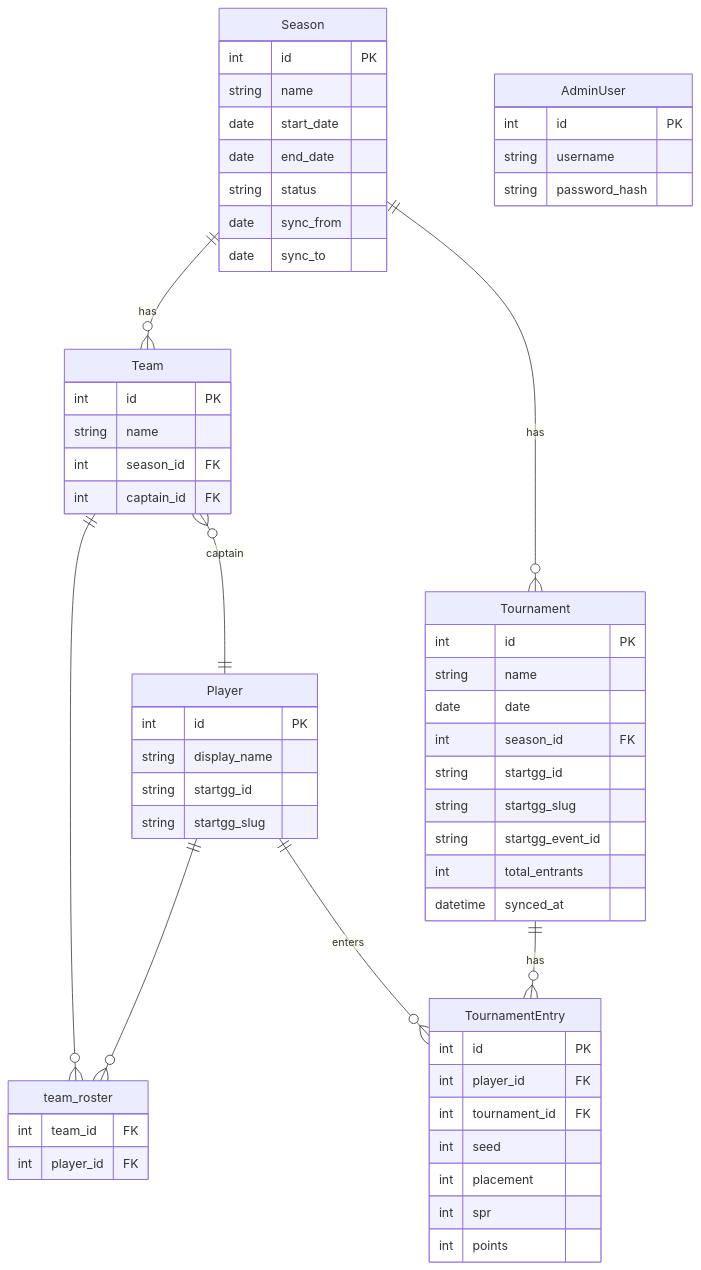
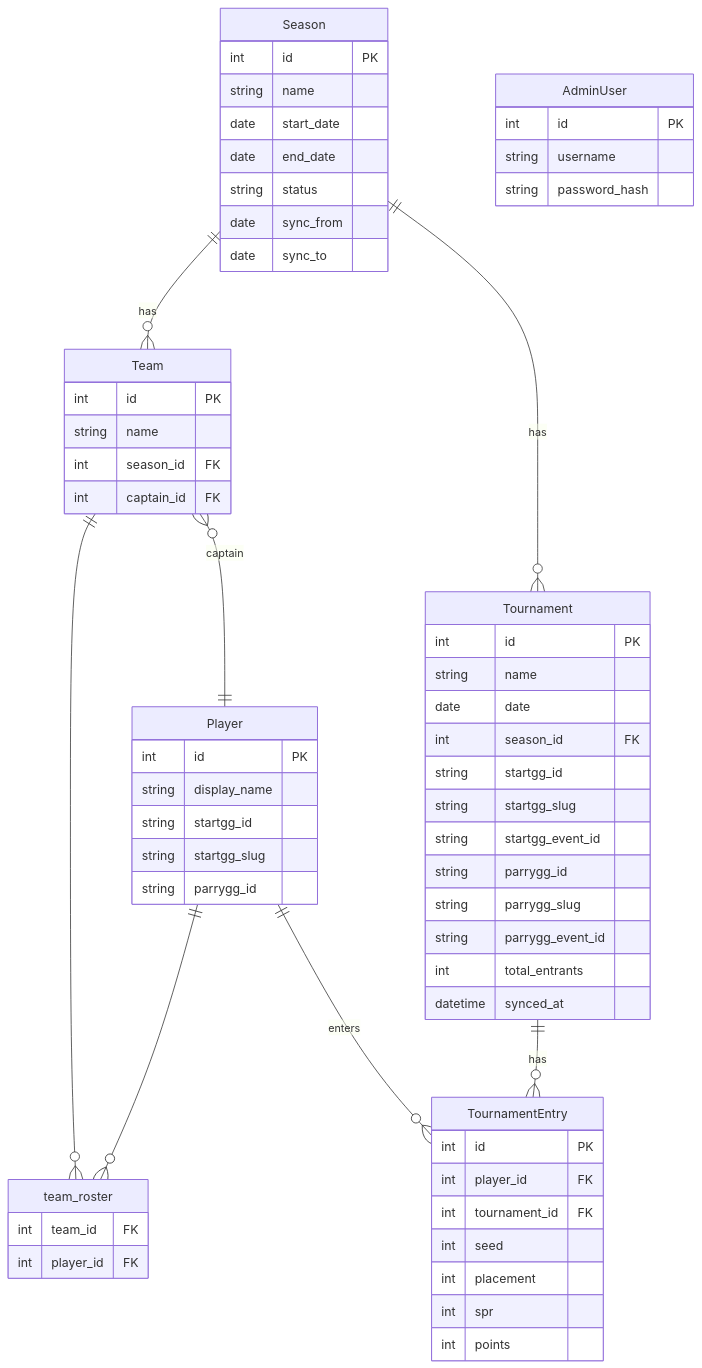
The first of 7 diagrams in ARCHITECTURE.md (pem2k/Resonance-App), drawn with Mermaid before and after one commit. The commit also changed other lines of this file and 17 other files, not shown here.

````diff
--- a/ARCHITECTURE.md
+++ b/ARCHITECTURE.md
@@ -3,67 +3,71 @@
 ```mermaid
 erDiagram
     Season {
         int id PK
         string name
         date start_date
         date end_date
         string status
         date sync_from
         date sync_to
     }
 
     Team {
         int id PK
         string name
         int season_id FK
         int captain_id FK
     }
 
     Player {
         int id PK
         string display_name
         string startgg_id
         string startgg_slug
+        string parrygg_id
     }
 
     team_roster {
         int team_id FK
         int player_id FK
     }
 
     Tournament {
         int id PK
         string name
         date date
         int season_id FK
         string startgg_id
         string startgg_slug
         string startgg_event_id
+        string parrygg_id
+        string parrygg_slug
+        string parrygg_event_id
         int total_entrants
         datetime synced_at
     }
 
     TournamentEntry {
         int id PK
         int player_id FK
         int tournament_id FK
         int seed
         int placement
         int spr
         int points
     }
 
     AdminUser {
         int id PK
         string username
         string password_hash
     }
 
     Season ||--o{ Team : "has"
     Season ||--o{ Tournament : "has"
     Team }o--|| Player : "captain"
     Team ||--o{ team_roster : ""
     Player ||--o{ team_roster : ""
     Player ||--o{ TournamentEntry : "enters"
     Tournament ||--o{ TournamentEntry : "has"
 ```
````
